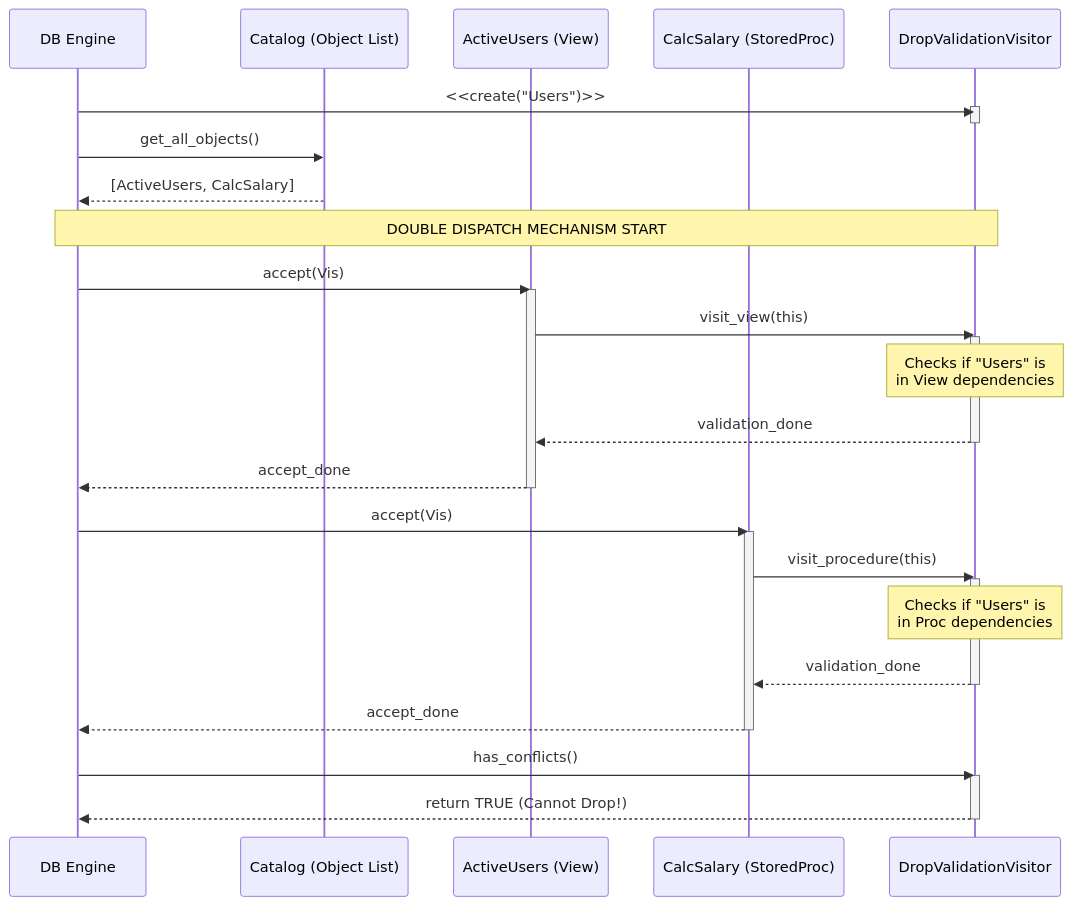
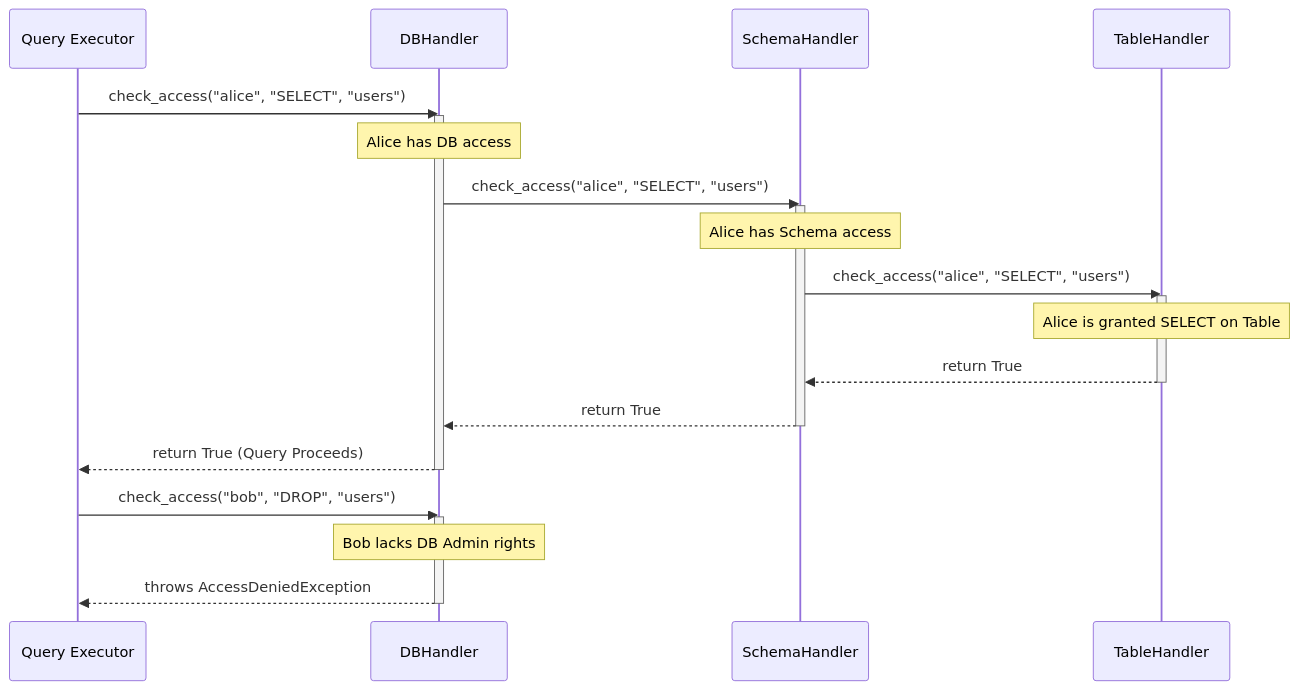
One commit to TamBui1706/DBMS changed the sixth of 6 diagrams in DPSuggest.md. Above: the diagram before and after it, drawn with Mermaid. The commit also changed other lines of this file, not shown here.

````diff
--- a/DPSuggest.md
+++ b/DPSuggest.md
@@ -493,42 +404,34 @@
 ```mermaid
 sequenceDiagram
-    participant Eng as DB Engine
-    participant Cat as Catalog (Object List)
-    participant Vw as ActiveUsers (View)
-    participant Proc as CalcSalary (StoredProc)
-    participant Vis as DropValidationVisitor
-
-    Eng->>Vis: <<create("Users")>>
-    activate Vis
-    deactivate Vis
+    participant Client as Query Executor
+    participant DB as DBHandler
+    participant Sch as SchemaHandler
+    participant Tbl as TableHandler
     
-    Eng->>Cat: get_all_objects()
-    Cat-->>Eng: [ActiveUsers, CalcSalary]
+    Client->>DB: check_access("alice", "SELECT", "users")
+    activate DB
+    Note over DB: Alice has DB access
     
-    Note over Eng, Vis: DOUBLE DISPATCH MECHANISM START
+    DB->>Sch: check_access("alice", "SELECT", "users")
+    activate Sch
+    Note over Sch: Alice has Schema access
     
-    Eng->>Vw: accept(Vis)
-    activate Vw
-    Vw->>Vis: visit_view(this)
-    activate Vis
-    Note over Vis: Checks if "Users" is<br/>in View dependencies
-    Vis-->>Vw: validation_done
-    deactivate Vis
-    Vw-->>Eng: accept_done
-    deactivate Vw
+    Sch->>Tbl: check_access("alice", "SELECT", "users")
+    activate Tbl
+    Note over Tbl: Alice is granted SELECT on Table
+    Tbl-->>Sch: return True
+    deactivate Tbl
     
-    Eng->>Proc: accept(Vis)
-    activate Proc
-    Proc->>Vis: visit_procedure(this)
-    activate Vis
-    Note over Vis: Checks if "Users" is<br/>in Proc dependencies
-    Vis-->>Proc: validation_done
-    deactivate Vis
-    Proc-->>Eng: accept_done
-    deactivate Proc
+    Sch-->>DB: return True
+    deactivate Sch
     
-    Eng->>Vis: has_conflicts()
-    activate Vis
-    Vis-->>Eng: return TRUE (Cannot Drop!)
-    deactivate Vis
+    DB-->>Client: return True (Query Proceeds)
+    deactivate DB
+    
+    %% Example of Failure
+    Client->>DB: check_access("bob", "DROP", "users")
+    activate DB
+    Note over DB: Bob lacks DB Admin rights
+    DB-->>Client: throws AccessDeniedException
+    deactivate DB
 ```
````
